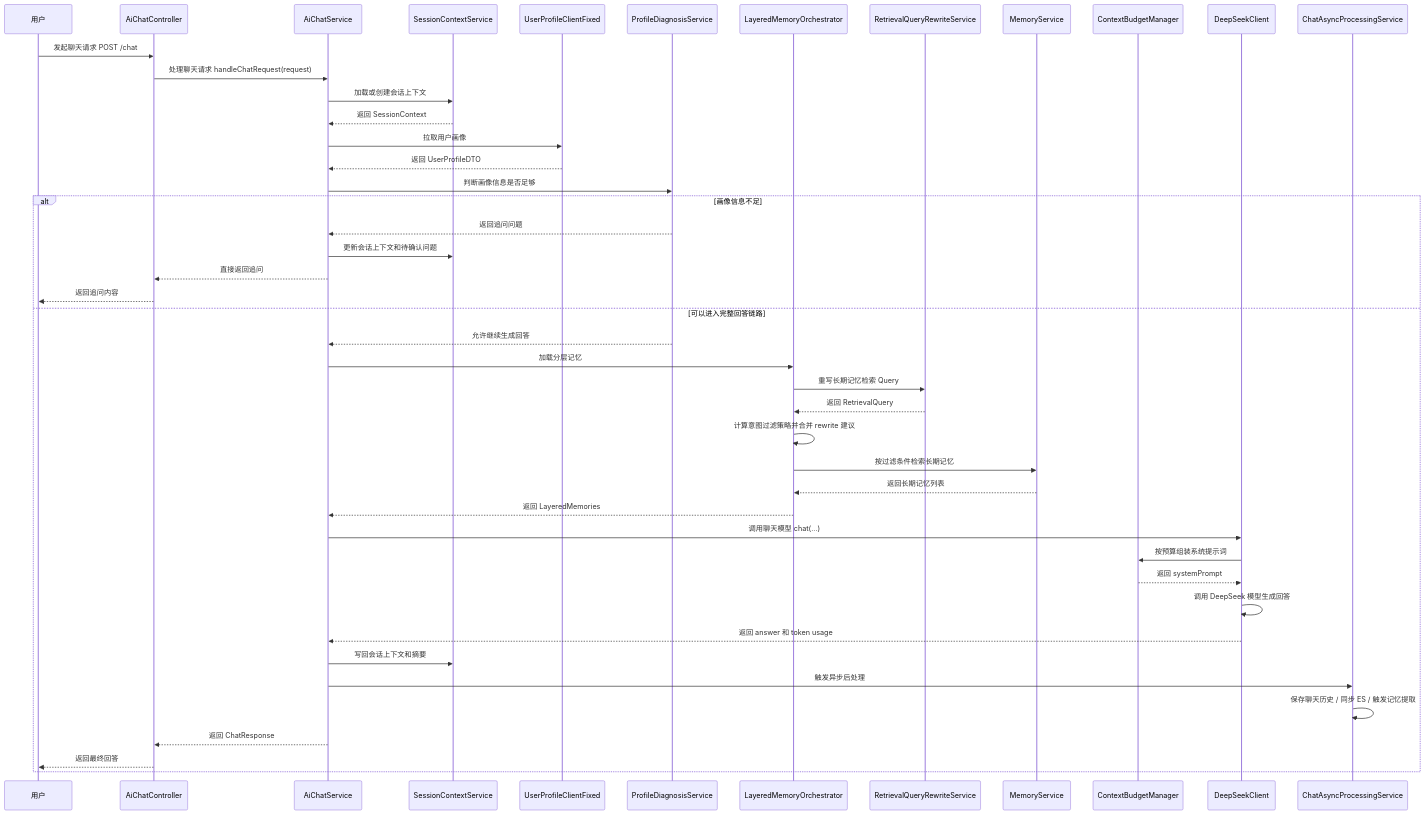
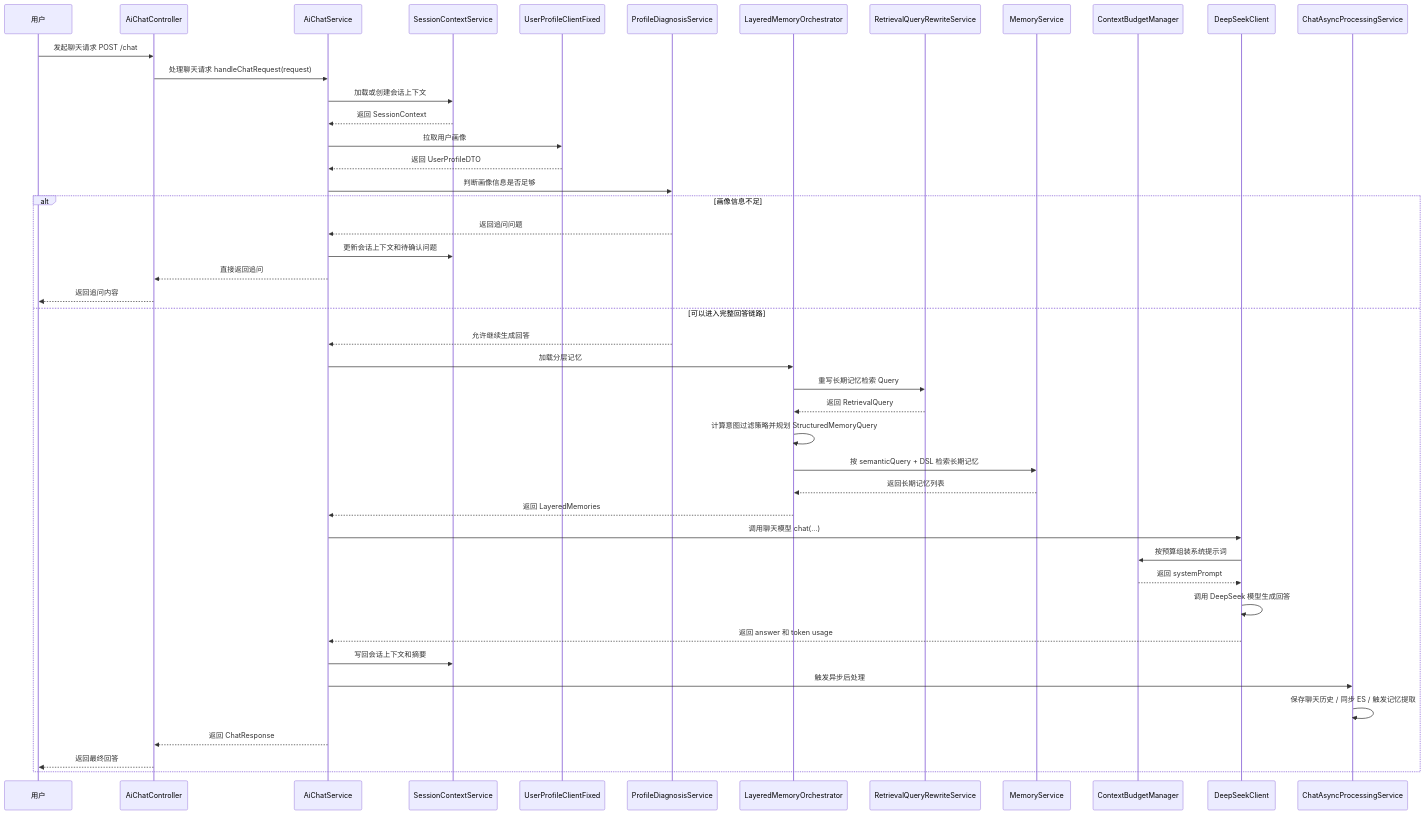
One commit to ljbclannad/code-snippets changed the diagram in governance-suite/ai/ai-chat-service/README-CHAT-FLOW.md. Above: the diagram before and after it, drawn with Mermaid. The commit also changed other lines of this file and 31 other files, not shown here.

````diff
--- a/governance-suite/ai/ai-chat-service/README-CHAT-FLOW.md
+++ b/governance-suite/ai/ai-chat-service/README-CHAT-FLOW.md
@@ -348,55 +508,55 @@
 ```mermaid
 sequenceDiagram
     participant U as 用户
     participant C as AiChatController
     participant S as AiChatService
     participant SC as SessionContextService
     participant UP as UserProfileClientFixed
     participant PD as ProfileDiagnosisService
     participant LMO as LayeredMemoryOrchestrator
     participant RQ as RetrievalQueryRewriteService
     participant MS as MemoryService
     participant DB as ContextBudgetManager
     participant AI as DeepSeekClient
     participant AP as ChatAsyncProcessingService
 
     U->>C: 发起聊天请求 POST /chat
     C->>S: 处理聊天请求 handleChatRequest(request)
 
     S->>SC: 加载或创建会话上下文
     SC-->>S: 返回 SessionContext
 
     S->>UP: 拉取用户画像
     UP-->>S: 返回 UserProfileDTO
 
     S->>PD: 判断画像信息是否足够
     alt 画像信息不足
         PD-->>S: 返回追问问题
         S->>SC: 更新会话上下文和待确认问题
         S-->>C: 直接返回追问
         C-->>U: 返回追问内容
     else 可以进入完整回答链路
         PD-->>S: 允许继续生成回答
 
         S->>LMO: 加载分层记忆
         LMO->>RQ: 重写长期记忆检索 Query
         RQ-->>LMO: 返回 RetrievalQuery
-        LMO->>LMO: 计算意图过滤策略并合并 rewrite 建议
-        LMO->>MS: 按过滤条件检索长期记忆
+        LMO->>LMO: 计算意图过滤策略并规划 StructuredMemoryQuery
+        LMO->>MS: 按 semanticQuery + DSL 检索长期记忆
         MS-->>LMO: 返回长期记忆列表
         LMO-->>S: 返回 LayeredMemories
 
         S->>AI: 调用聊天模型 chat(...)
         AI->>DB: 按预算组装系统提示词
         DB-->>AI: 返回 systemPrompt
         AI->>AI: 调用 DeepSeek 模型生成回答
         AI-->>S: 返回 answer 和 token usage
 
         S->>SC: 写回会话上下文和摘要
         S->>AP: 触发异步后处理
         AP->>AP: 保存聊天历史 / 同步 ES / 触发记忆提取
 
         S-->>C: 返回 ChatResponse
         C-->>U: 返回最终回答
     end
 ```
````
